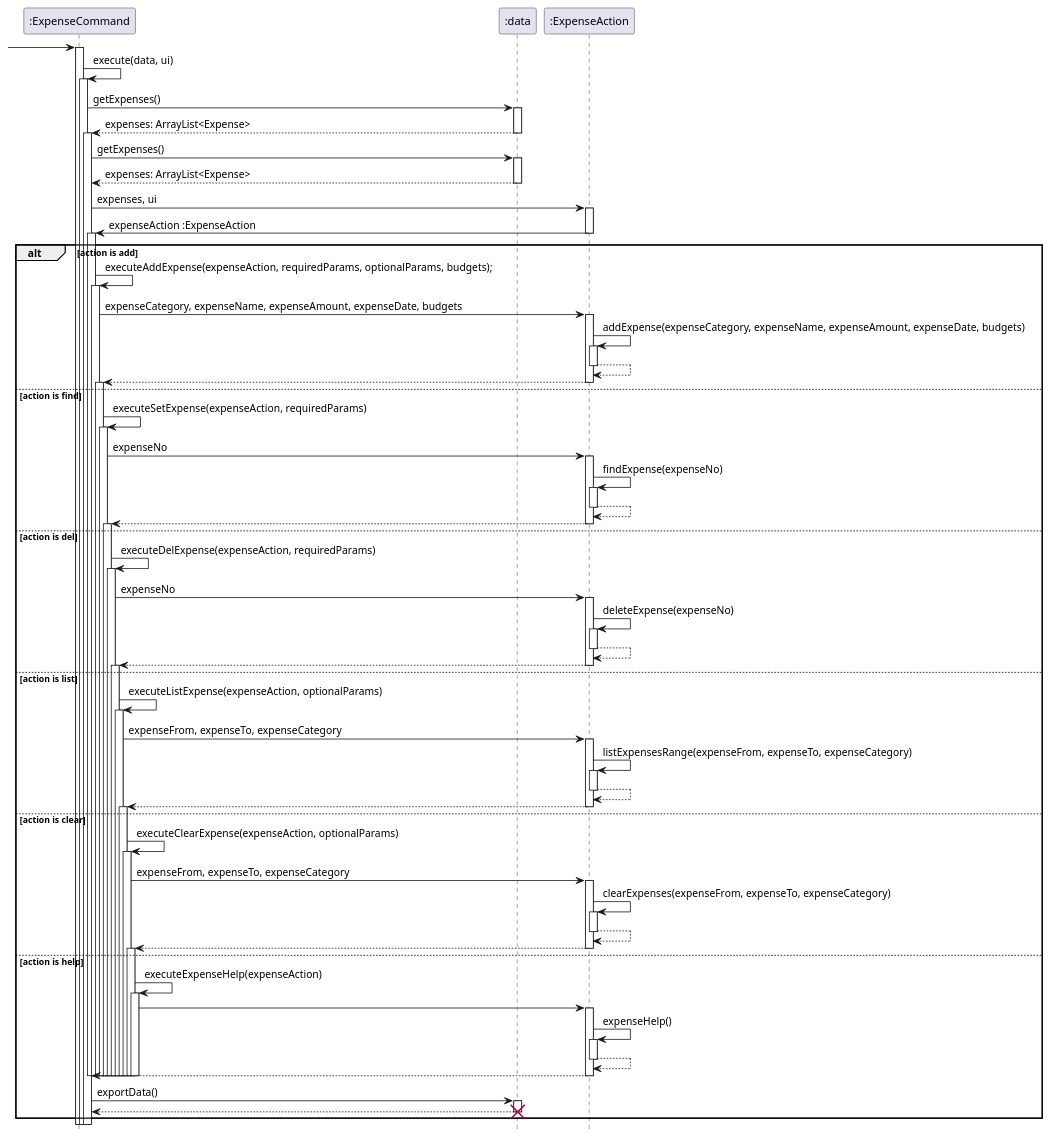
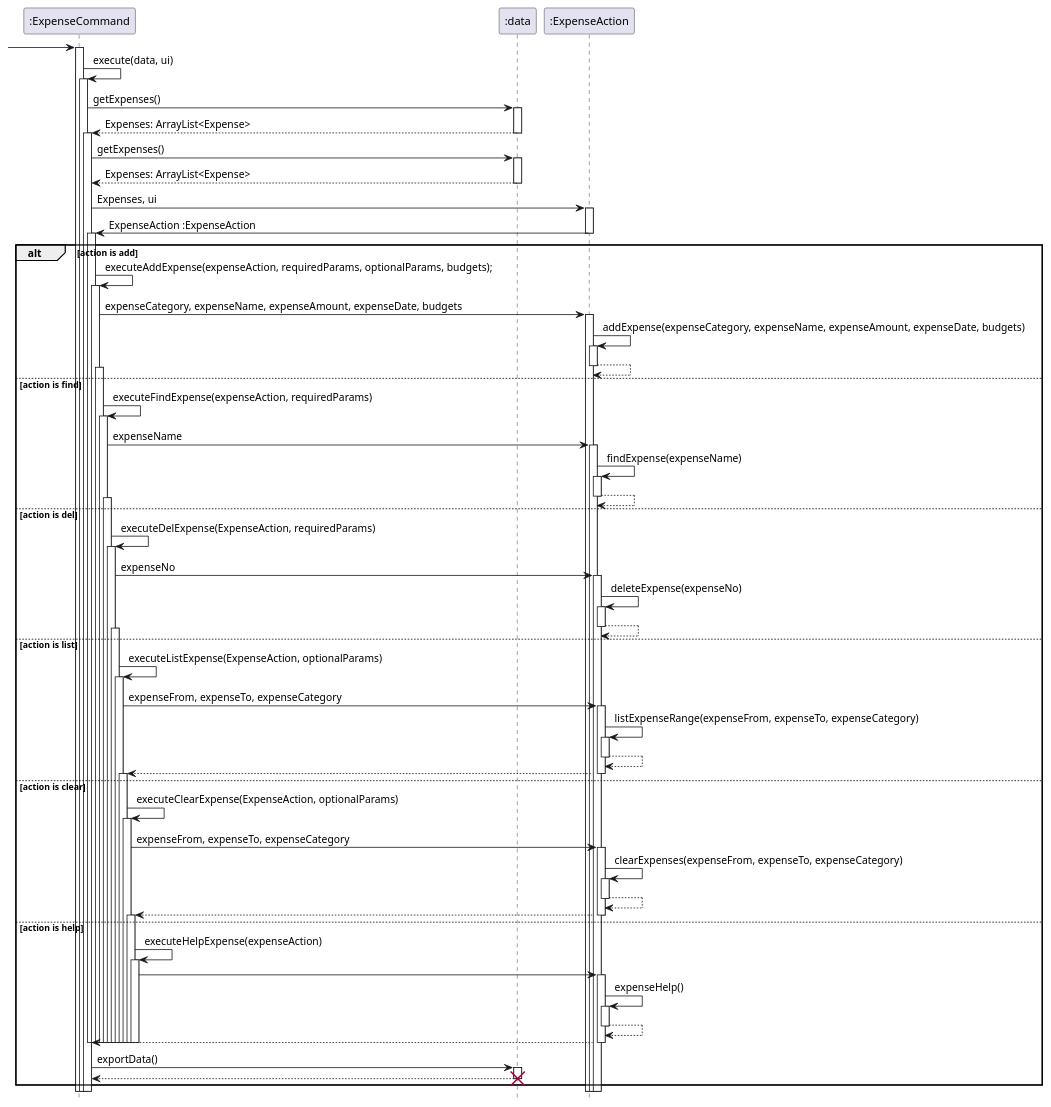
One commit to stephenkyang/tp changed the diagram in docs/diagrams/ExpenseCommandSequence.puml. Above: the diagram before and after it, drawn with PlantUML. The commit also changed 5 other files, not shown here.

Commit message:
changes to expenseCommandSequence

```diff
--- a/docs/diagrams/ExpenseCommandSequence.puml
+++ b/docs/diagrams/ExpenseCommandSequence.puml
@@ -1,127 +1,123 @@
 @startuml
 
 hide footbox
 
  -> ":ExpenseCommand":
 
 activate ":ExpenseCommand"
 ":ExpenseCommand" -> ":ExpenseCommand": execute(data, ui)
 activate  ":ExpenseCommand"
 ":ExpenseCommand" -> ":data": getExpenses()
 activate ":data"
-return expenses: ArrayList<Expense>
+return Expenses: ArrayList<Expense>
 deactivate ":data"
 
 activate  ":ExpenseCommand"
 ":ExpenseCommand" -> ":data": getExpenses()
 activate ":data"
-return expenses: ArrayList<Expense>
+return Expenses: ArrayList<Expense>
 
 
 
-":ExpenseCommand" -> ":ExpenseAction" : expenses, ui
+":ExpenseCommand" -> ":ExpenseAction" : Expenses, ui
 activate ":ExpenseAction"
-":ExpenseAction" -> ":ExpenseCommand" : expenseAction :ExpenseAction
+":ExpenseAction" -> ":ExpenseCommand" : ExpenseAction :ExpenseAction
 deactivate ":ExpenseAction"
 
 
 alt action is add
 activate  ":ExpenseCommand"
 ":ExpenseCommand" -> ":ExpenseCommand": executeAddExpense(expenseAction, requiredParams, optionalParams, budgets);
 activate ":ExpenseCommand"
 
 ":ExpenseCommand" -> ":ExpenseAction" : expenseCategory, expenseName, expenseAmount, expenseDate, budgets
 activate ":ExpenseAction"
 ":ExpenseAction" -> ":ExpenseAction" : addExpense(expenseCategory, expenseName, expenseAmount, expenseDate, budgets)
 activate ":ExpenseAction"
 return
-return
 
 
 else action is find
 activate  ":ExpenseCommand"
-":ExpenseCommand" -> ":ExpenseCommand": executeSetExpense(expenseAction, requiredParams)
+":ExpenseCommand" -> ":ExpenseCommand": executeFindExpense(expenseAction, requiredParams)
 activate ":ExpenseCommand"
-":ExpenseCommand" -> ":ExpenseAction" : expenseNo
+":ExpenseCommand" -> ":ExpenseAction" : expenseName
 activate ":ExpenseAction"
-":ExpenseAction" -> ":ExpenseAction" : findExpense(expenseNo)
+":ExpenseAction" -> ":ExpenseAction" : findExpense(expenseName)
 activate ":ExpenseAction"
-return
 return
 
 
 else action is del
 activate  ":ExpenseCommand"
-":ExpenseCommand" -> ":ExpenseCommand": executeDelExpense(expenseAction, requiredParams)
+":ExpenseCommand" -> ":ExpenseCommand": executeDelExpense(ExpenseAction, requiredParams)
 activate ":ExpenseCommand"
 ":ExpenseCommand" -> ":ExpenseAction" : expenseNo
 activate ":ExpenseAction"
 ":ExpenseAction" -> ":ExpenseAction" : deleteExpense(expenseNo)
 activate ":ExpenseAction"
 return
-return
 
 else action is list
 activate  ":ExpenseCommand"
-":ExpenseCommand" -> ":ExpenseCommand": executeListExpense(expenseAction, optionalParams)
+":ExpenseCommand" -> ":ExpenseCommand": executeListExpense(ExpenseAction, optionalParams)
 activate ":ExpenseCommand"
-
 ":ExpenseCommand" -> ":ExpenseAction" : expenseFrom, expenseTo, expenseCategory
 activate ":ExpenseAction"
-":ExpenseAction" -> ":ExpenseAction" : listExpensesRange(expenseFrom, expenseTo, expenseCategory)
+":ExpenseAction" -> ":ExpenseAction" : listExpenseRange(expenseFrom, expenseTo, expenseCategory)
 activate ":ExpenseAction"
 return
 return
 
 
 else action is clear
 activate  ":ExpenseCommand"
-":ExpenseCommand" -> ":ExpenseCommand": executeClearExpense(expenseAction, optionalParams)
+":ExpenseCommand" -> ":ExpenseCommand": executeClearExpense(ExpenseAction, optionalParams)
 activate ":ExpenseCommand"
 ":ExpenseCommand" -> ":ExpenseAction" : expenseFrom, expenseTo, expenseCategory
 activate ":ExpenseAction"
 ":ExpenseAction" -> ":ExpenseAction" : clearExpenses(expenseFrom, expenseTo, expenseCategory)
 activate ":ExpenseAction"
 return
 return
 
 
 else action is help
 activate  ":ExpenseCommand"
-":ExpenseCommand" -> ":ExpenseCommand": executeExpenseHelp(expenseAction)
+":ExpenseCommand" -> ":ExpenseCommand": executeHelpExpense(expenseAction)
 activate ":ExpenseCommand"
 ":ExpenseCommand" -> ":ExpenseAction"
 activate ":ExpenseAction"
 ":ExpenseAction" -> ":ExpenseAction" : expenseHelp()
 activate ":ExpenseAction"
 return
 return
 
 
 deactivate ":ExpenseCommand"
 deactivate ":ExpenseCommand"
 deactivate ":ExpenseCommand"
 deactivate ":ExpenseCommand"
 deactivate ":ExpenseCommand"
 deactivate ":ExpenseCommand"
 deactivate ":ExpenseCommand"
 deactivate ":ExpenseCommand"
 deactivate ":ExpenseCommand"
 deactivate ":ExpenseCommand"
 deactivate ":ExpenseCommand"
 deactivate ":ExpenseCommand"
 
 
 ":ExpenseCommand" -> ":data": exportData()
 activate ":data"
 return
 
 deactivate ":data"
 destroy ":data"
 
 
 end
 
 
 
 @enduml
```
